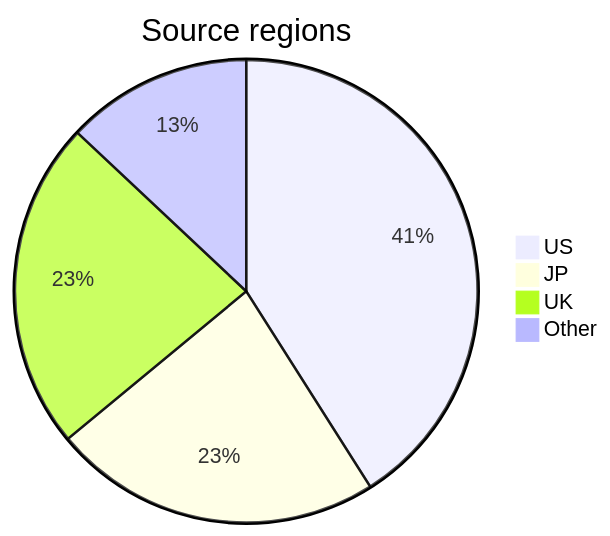
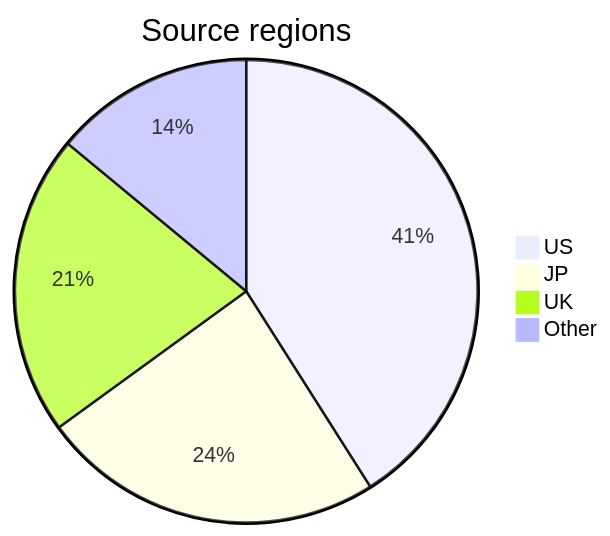
One commit to ace-dent/gbc-hw changed the diagram in gbc-census/docs/notes.md. Above: the diagram before and after it, drawn with Mermaid. The commit also changed other lines of this file and 7 other files, not shown here.

````diff
--- a/gbc-census/docs/notes.md
+++ b/gbc-census/docs/notes.md
@@ -47,8 +47,8 @@
 ```mermaid
 pie title Source regions
     "US" : 41
-    "JP" : 23
-    "UK" : 23
-    "Other" : 13
+    "JP" : 24
+    "UK" : 21
+    "Other" : 14
     %% (percentage of total)
 ```
````
